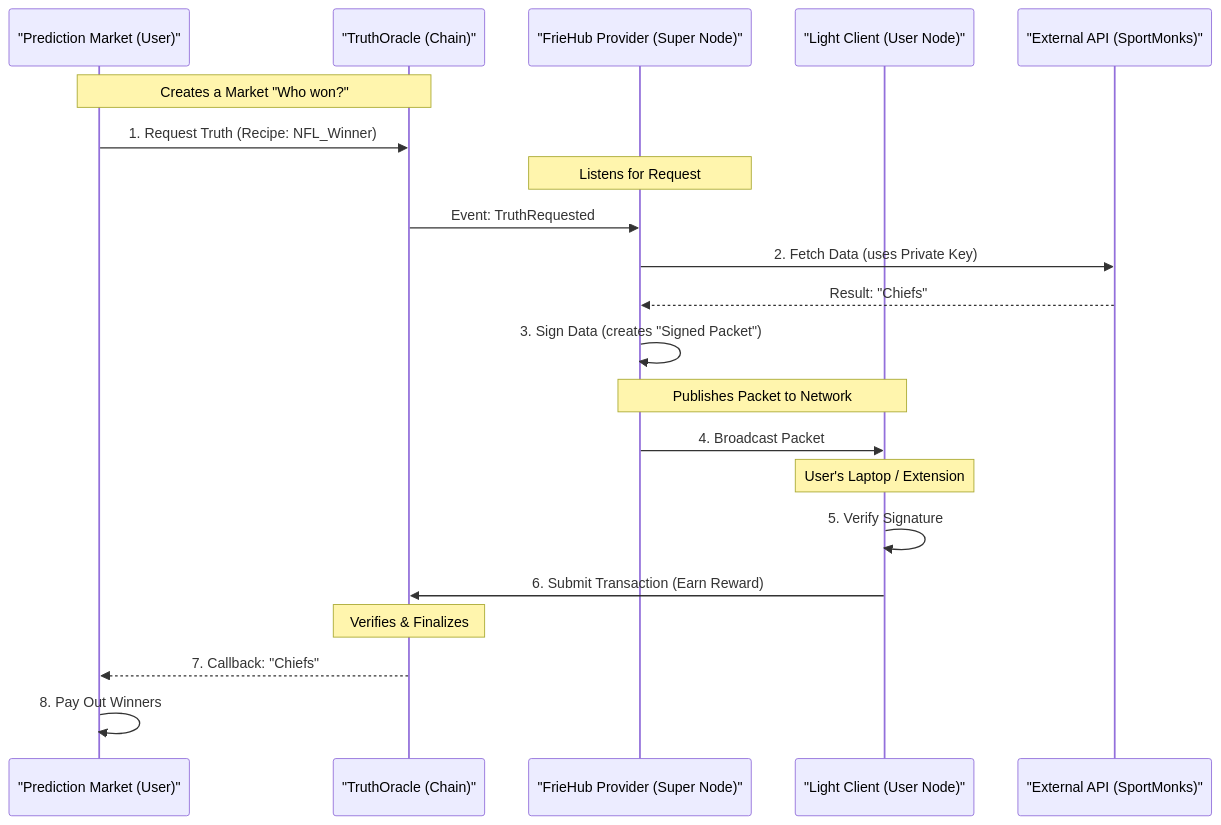
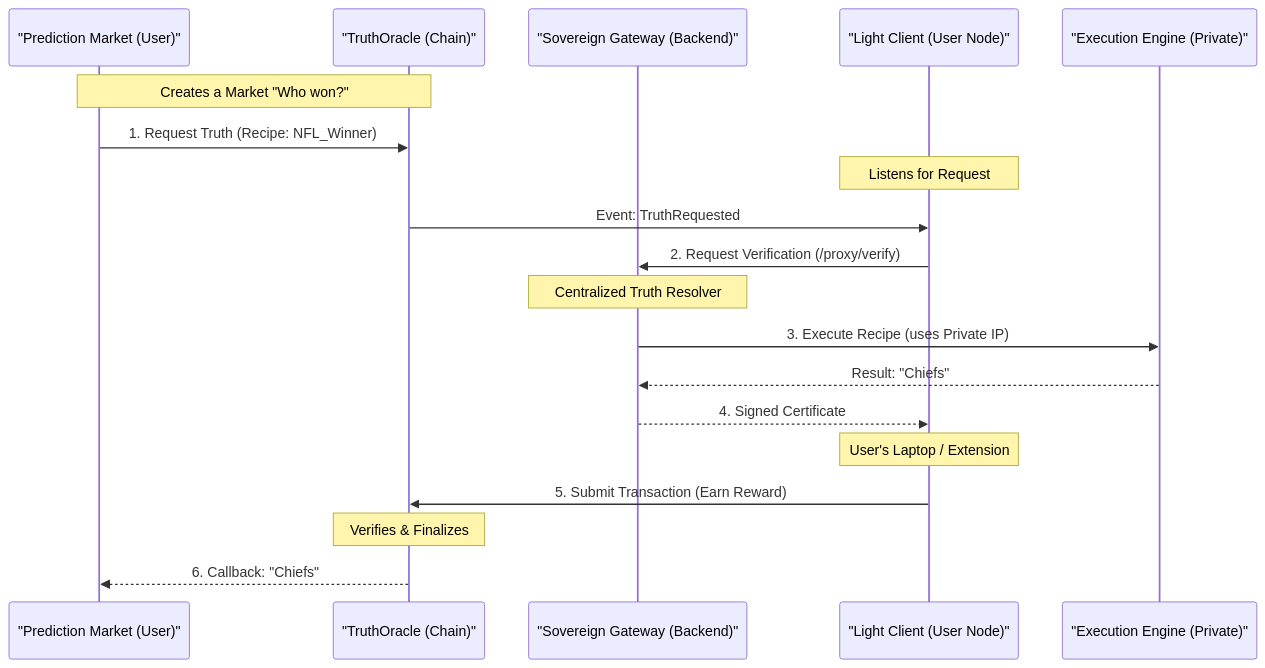
One commit to Friehub/Taas_fronted changed the first of 3 diagrams in apps/documentation/core/architecture.md. Above: the diagram before and after it, drawn with Mermaid. The commit also changed other lines of this file and 6 other files, not shown here.

````diff
--- a/apps/documentation/core/architecture.md
+++ b/apps/documentation/core/architecture.md
@@ -9,29 +9,28 @@
 ```mermaid
 sequenceDiagram
     participant App as "Prediction Market (User)"
     participant Contract as "TruthOracle (Chain)"
-    participant FrieHub as "FrieHub Provider (Super Node)"
+    participant Gateway as "Sovereign Gateway (Backend)"
     participant Network as "Light Client (User Node)"
-    participant API as "External API (SportMonks)"
+    participant Engine as "Execution Engine (Private)"
 
     Note over App,Contract: Creates a Market "Who won?"
     App->>Contract: 1. Request Truth (Recipe: NFL_Winner)
     
-    Note over FrieHub: Listens for Request
-    Contract->>FrieHub: Event: TruthRequested
+    Note over Network: Listens for Request
+    Contract->>Network: Event: TruthRequested
     
-    FrieHub->>API: 2. Fetch Data (uses Private Key)
-    API-->>FrieHub: Result: "Chiefs"
-    FrieHub->>FrieHub: 3. Sign Data (creates "Signed Packet")
+    Network->>Gateway: 2. Request Verification (/proxy/verify)
+    Note over Gateway: Centralized Truth Resolver
     
-    Note over FrieHub,Network: Publishes Packet to Network
-    FrieHub->>Network: 4. Broadcast Packet
+    Gateway->>Engine: 3. Execute Recipe (uses Private IP)
+    Engine-->>Gateway: Result: "Chiefs"
+    
+    Gateway-->>Network: 4. Signed Certificate
     
     Note over Network: User's Laptop / Extension
-    Network->>Network: 5. Verify Signature
-    Network->>Contract: 6. Submit Transaction (Earn Reward)
+    Network->>Contract: 5. Submit Transaction (Earn Reward)
     
     Note over Contract: Verifies & Finalizes
-    Contract-->>App: 7. Callback: "Chiefs"
-    App->>App: 8. Pay Out Winners
+    Contract-->>App: 6. Callback: "Chiefs"
 ```
````
